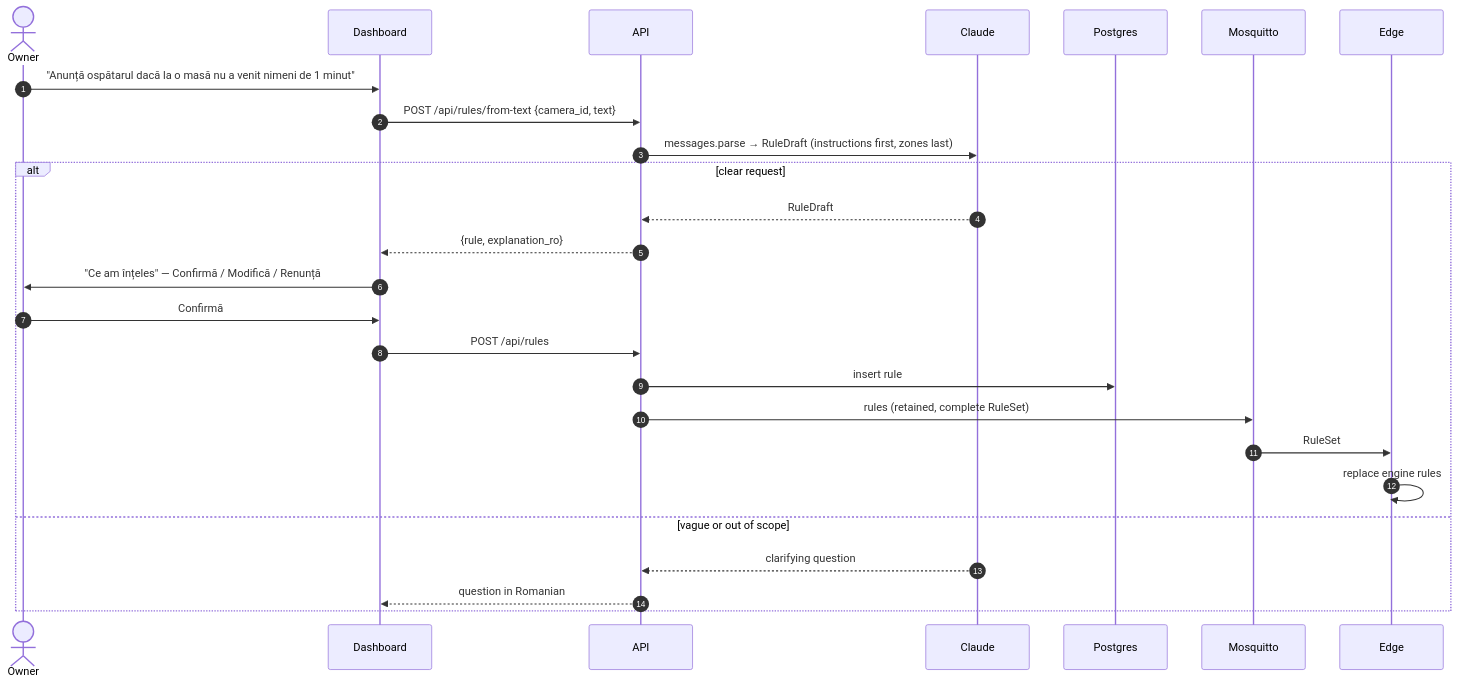
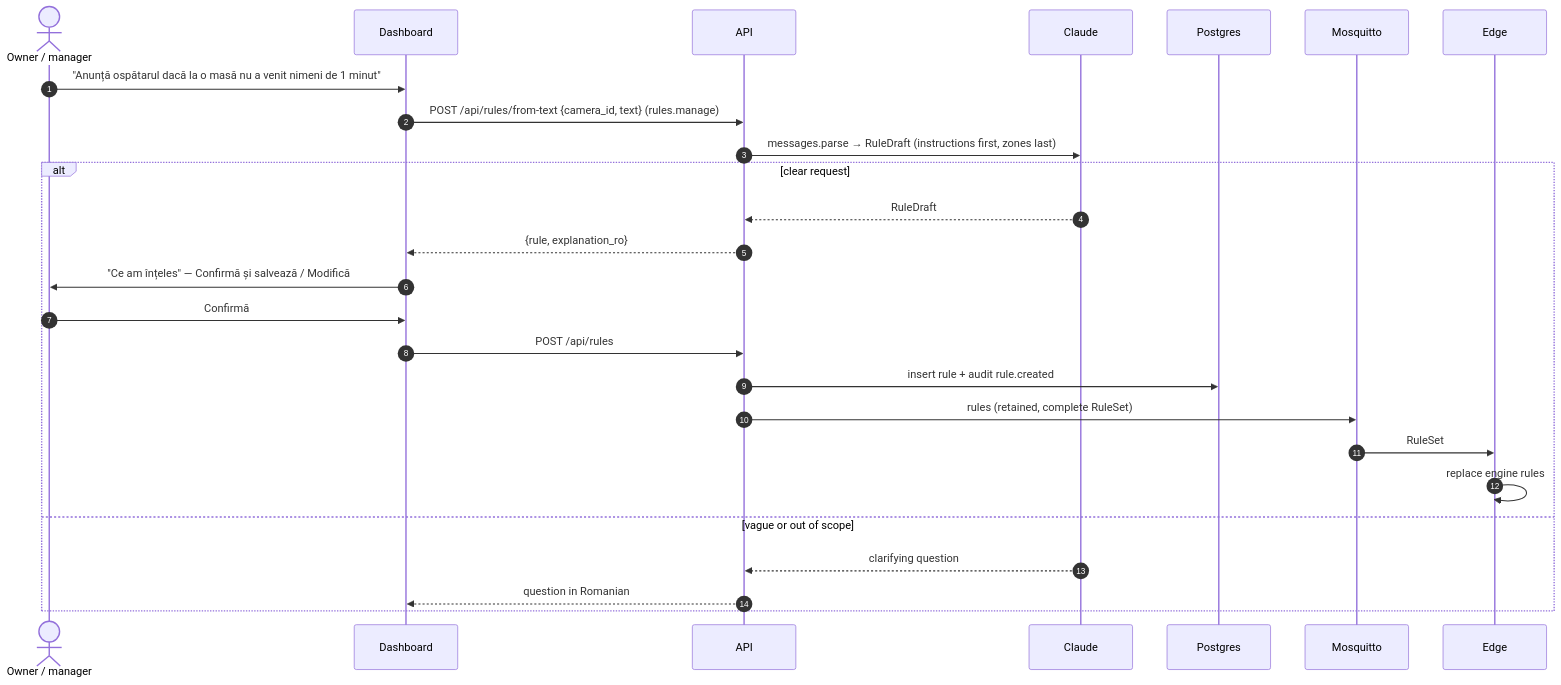
The sixth of 6 diagrams in docs/architecture.md (mariusbuharu-gsd/aivee), drawn with Mermaid before and after one commit. The commit also changed other lines of this file and 9 other files, not shown here.

First line of the commit message:
docs: refresh README, architecture, handbooks; add ADRs 0007–0010 and demo script (#27)

````diff
--- a/docs/architecture.md
+++ b/docs/architecture.md
@@ -111,29 +200,29 @@
 ```mermaid
 sequenceDiagram
     autonumber
-    actor O as Owner
+    actor O as Owner / manager
     participant D as Dashboard
     participant A as API
     participant L as Claude
     participant P as Postgres
     participant M as Mosquitto
     participant E as Edge
 
     O->>D: "Anunță ospătarul dacă la o masă nu a venit nimeni de 1 minut"
-    D->>A: POST /api/rules/from-text {camera_id, text}
+    D->>A: POST /api/rules/from-text {camera_id, text} (rules.manage)
     A->>L: messages.parse → RuleDraft (instructions first, zones last)
     alt clear request
         L-->>A: RuleDraft
         A-->>D: {rule, explanation_ro}
-        D->>O: "Ce am înțeles" — Confirmă / Modifică / Renunță
+        D->>O: "Ce am înțeles" — Confirmă și salvează / Modifică
         O->>D: Confirmă
         D->>A: POST /api/rules
-        A->>P: insert rule
+        A->>P: insert rule + audit rule.created
         A->>M: rules (retained, complete RuleSet)
         M->>E: RuleSet
         E->>E: replace engine rules
     else vague or out of scope
         L-->>A: clarifying question
         A-->>D: question in Romanian
     end
 ```
````
